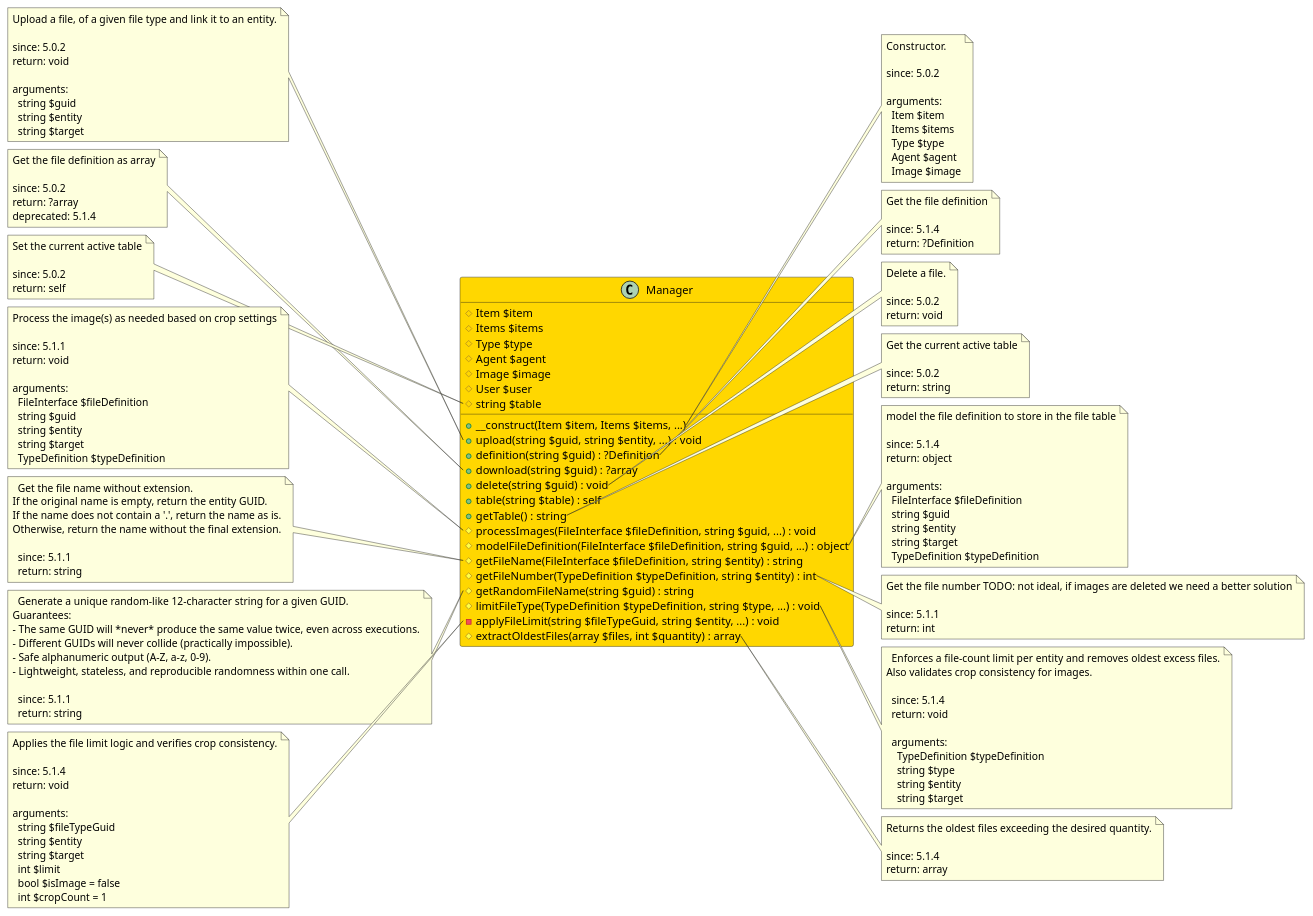
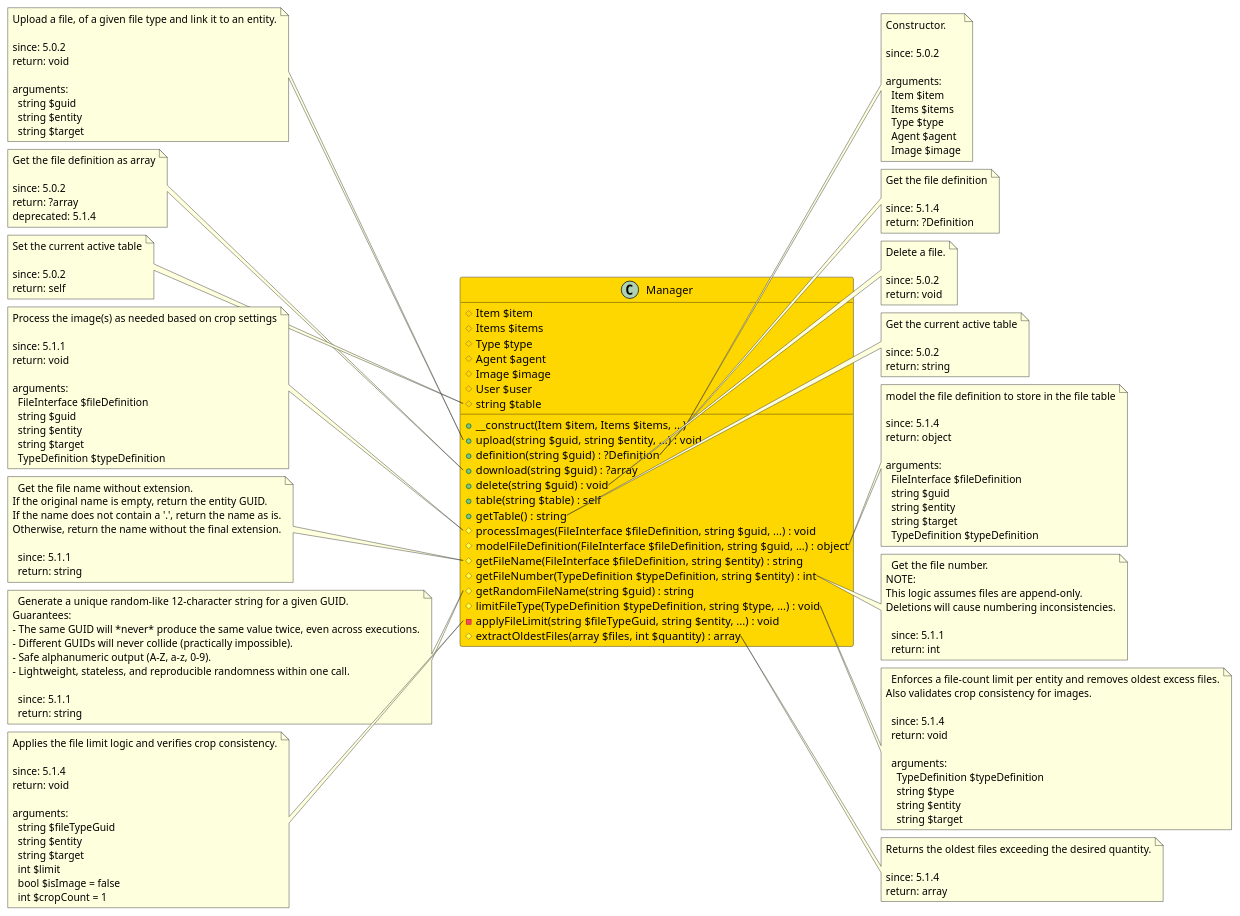
One commit to joomengine/super-powers changed the diagram in src/67a5e0ca-0ff0-4979-9b41-da0b09988016/README.md. Above: the diagram before and after it, drawn with PlantUML. The commit also changed 3 other files, not shown here.

```diff
--- a/src/67a5e0ca-0ff0-4979-9b41-da0b09988016/README.md
+++ b/src/67a5e0ca-0ff0-4979-9b41-da0b09988016/README.md
@@ -130,7 +130,10 @@
 end note
 
 note right of Manager::getFileNumber
-  Get the file number TODO: not ideal, if images are deleted we need a better solution
+  Get the file number.
+NOTE:
+This logic assumes files are append-only.
+Deletions will cause numbering inconsistencies.
 
   since: 5.1.1
   return: int
```
